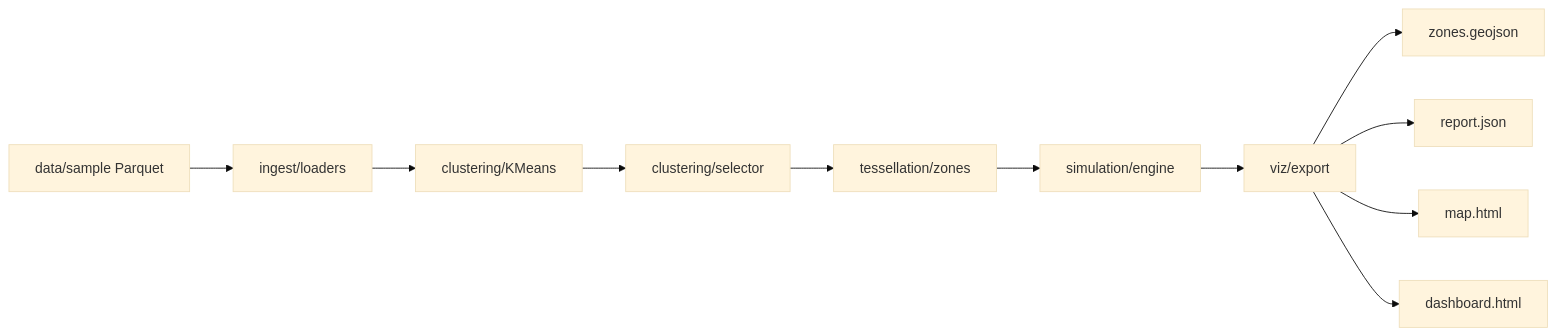
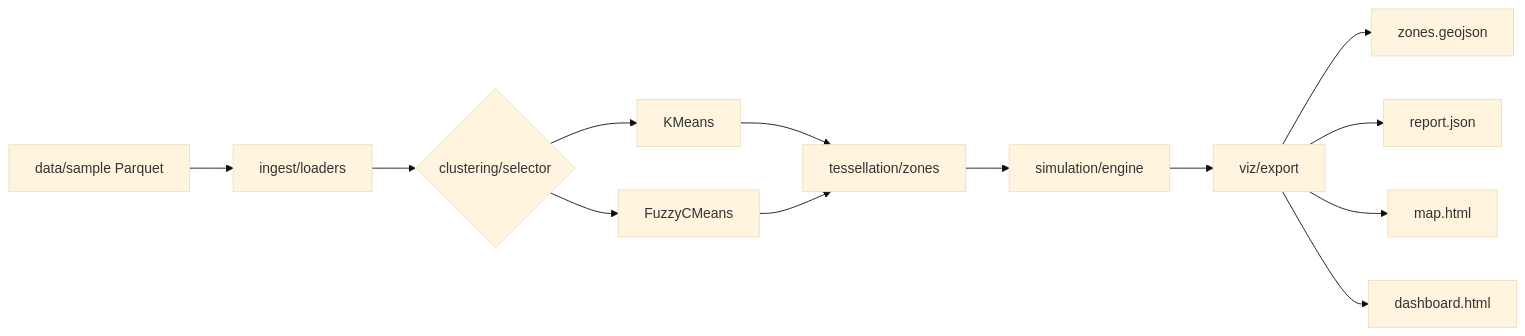
One commit to kegare825/teselado changed the diagram in docs/architecture.md. Above: the diagram before and after it, drawn with Mermaid (base theme). The commit also changed other lines of this file and 13 other files, not shown here.

First line of the commit message:
Add Fuzzy C-Means as a selectable clustering backend and fix author attribution.

````diff
--- a/docs/architecture.md
+++ b/docs/architecture.md
@@ -14,13 +14,15 @@
 ```mermaid
 flowchart LR
     A[data/sample Parquet] --> B[ingest/loaders]
-    B --> C[clustering/KMeans]
-    C --> D[clustering/selector]
-    D --> E[tessellation/zones]
-    E --> F[simulation/engine]
-    F --> G[viz/export]
-    G --> H[zones.geojson]
-    G --> I[report.json]
-    G --> J[map.html]
-    G --> K[dashboard.html]
+    B --> C{clustering/selector}
+    C --> C1[KMeans]
+    C --> C2[FuzzyCMeans]
+    C1 --> D[tessellation/zones]
+    C2 --> D
+    D --> E[simulation/engine]
+    E --> F[viz/export]
+    F --> G[zones.geojson]
+    F --> H[report.json]
+    F --> I[map.html]
+    F --> J[dashboard.html]
 ```
````
